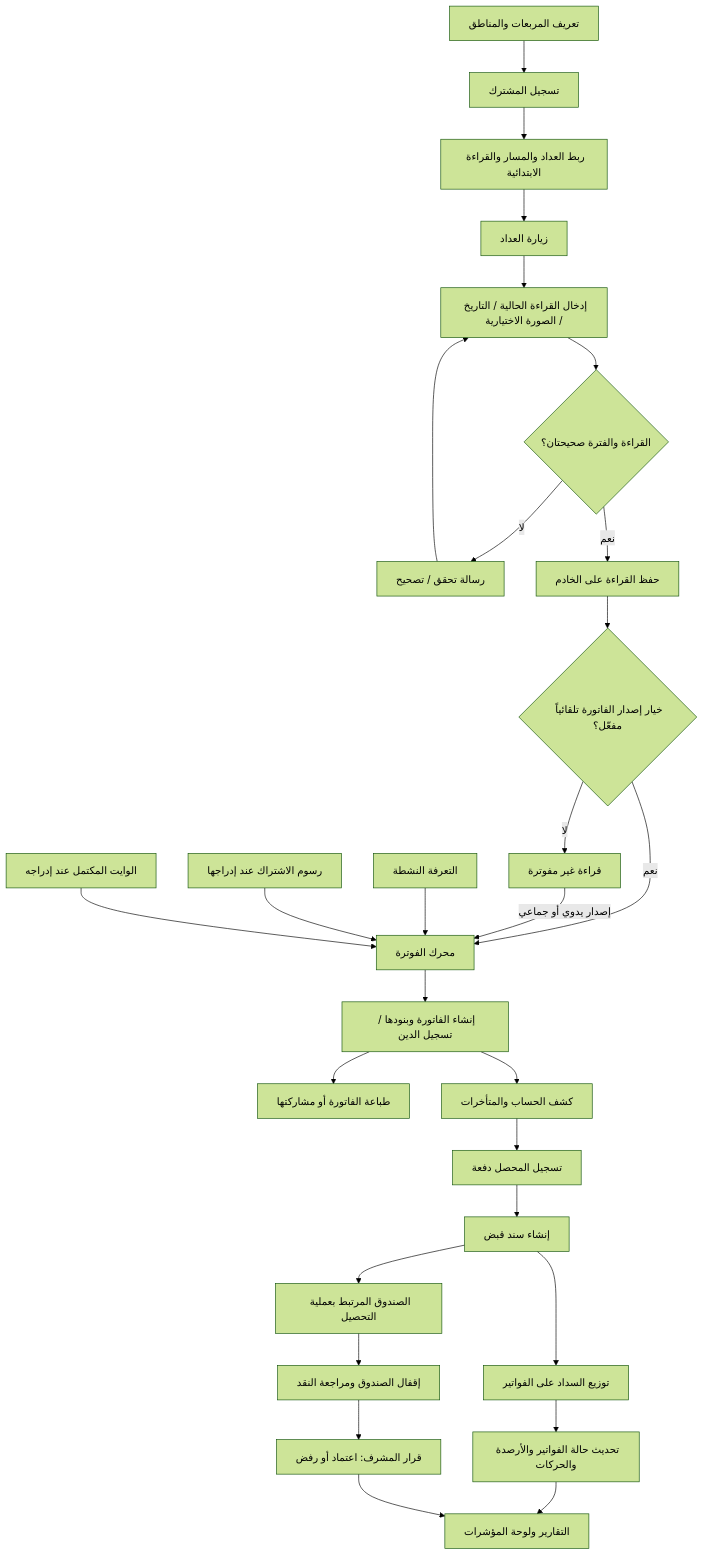
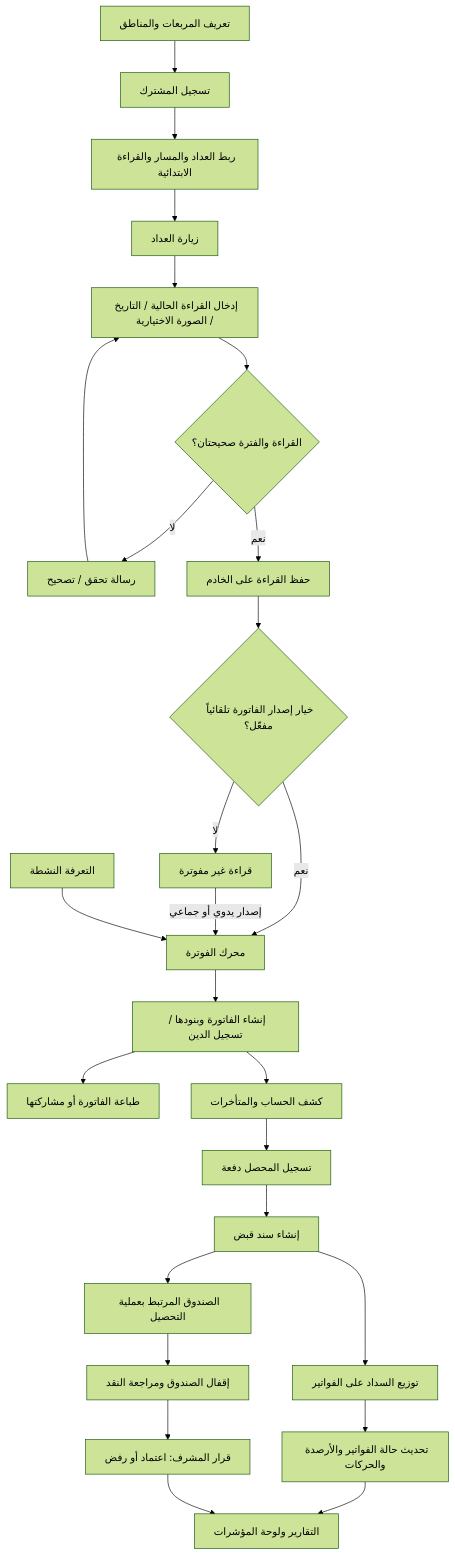
Before and after one commit to iitij/water: the second of 5 diagrams in docs/architecture/WATER_SYSTEM_ARCHITECTURE_AR.md, drawn with Mermaid (forest theme). The commit also changed other lines of this file and 6 other files, not shown here.

````diff
--- a/docs/architecture/WATER_SYSTEM_ARCHITECTURE_AR.md
+++ b/docs/architecture/WATER_SYSTEM_ARCHITECTURE_AR.md
@@ -82,30 +82,28 @@
 ```mermaid
 flowchart TB
     SQUARE["تعريف المربعات والمناطق"] --> NEW["تسجيل المشترك"]
     NEW --> METER["ربط العداد والمسار والقراءة الابتدائية"]
     METER --> VISIT["زيارة العداد"]
     VISIT --> INPUT["إدخال القراءة الحالية / التاريخ / الصورة الاختيارية"]
     INPUT --> VALID{"القراءة والفترة صحيحتان؟"}
     VALID -- "لا" --> FIX["رسالة تحقق / تصحيح"]
     FIX --> INPUT
     VALID -- "نعم" --> SAVED["حفظ القراءة على الخادم"]
     SAVED --> AUTO{"خيار إصدار الفاتورة تلقائياً مفعّل؟"}
     AUTO -- "نعم" --> BILL["محرك الفوترة"]
     AUTO -- "لا" --> UNBILLED["قراءة غير مفوترة"]
     UNBILLED -- "إصدار يدوي أو جماعي" --> BILL
     TARIFF["التعرفة النشطة"] --> BILL
-    FEES["رسوم الاشتراك عند إدراجها"] --> BILL
-    TANKER["الوايت المكتمل عند إدراجه"] --> BILL
     BILL --> INVOICE["إنشاء الفاتورة وبنودها / تسجيل الدين"]
     INVOICE --> SHARE["طباعة الفاتورة أو مشاركتها"]
     INVOICE --> LEDGER["كشف الحساب والمتأخرات"]
     LEDGER --> COLLECT["تسجيل المحصل دفعة"]
     COLLECT --> RECEIPT["إنشاء سند قبض"]
     RECEIPT --> DIST["توزيع السداد على الفواتير"]
     DIST --> UPDATE["تحديث حالة الفواتير والأرصدة والحركات"]
     RECEIPT --> CASH["الصندوق المرتبط بعملية التحصيل"]
     CASH --> CLOSE["إقفال الصندوق ومراجعة النقد"]
     CLOSE --> APPROVE["قرار المشرف: اعتماد أو رفض"]
     UPDATE --> REPORT["التقارير ولوحة المؤشرات"]
     APPROVE --> REPORT
 ```
````
